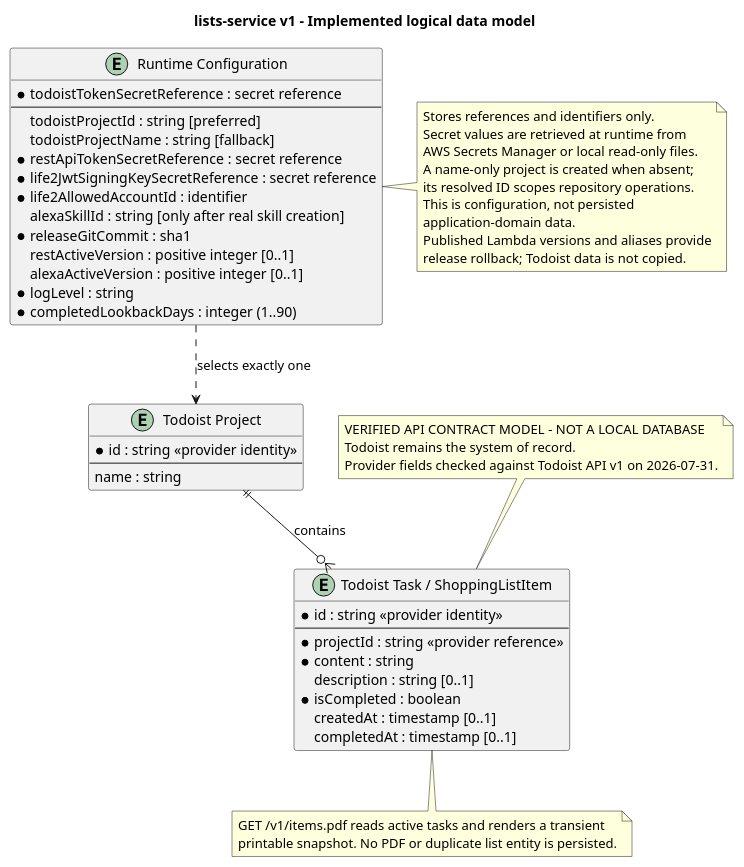
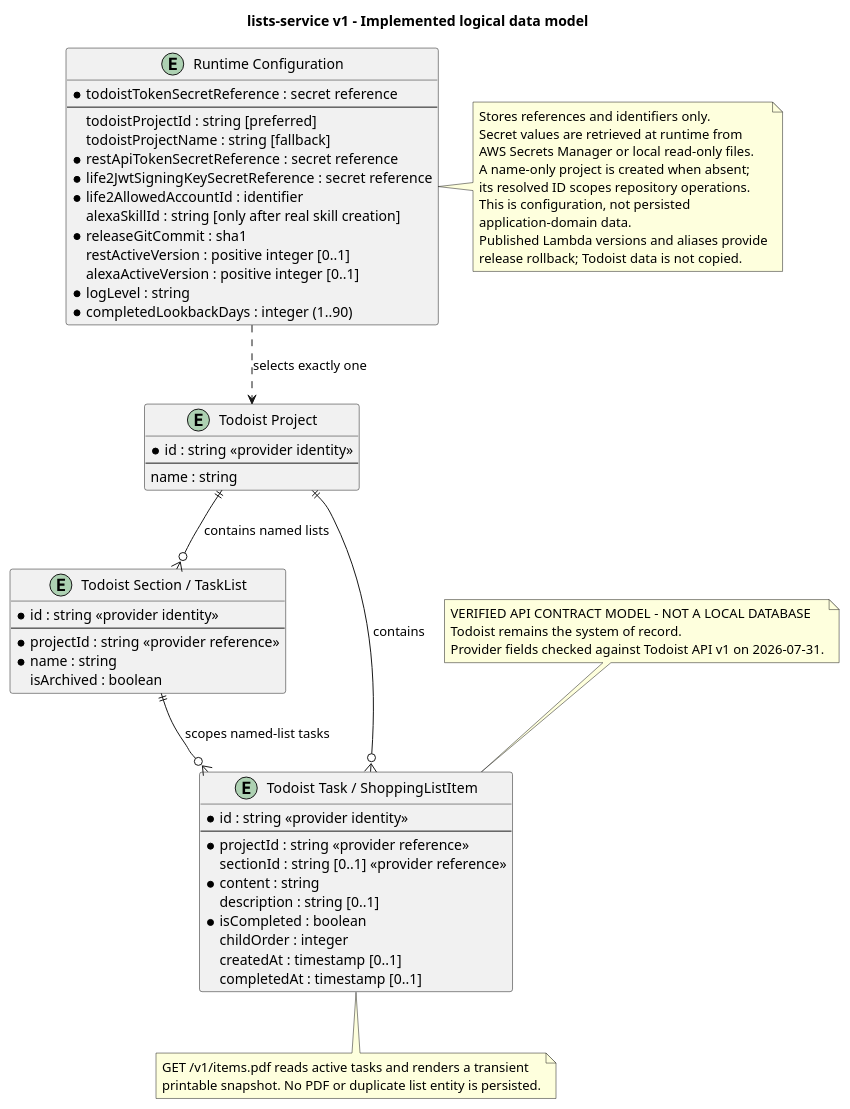
Before and after one commit to ralfepoisson/lists-service: the diagram in docs/architecture/erd.puml, drawn with PlantUML. The commit also changed 23 other files, not shown here.

Commit message:
feat: add named task lists

```diff
--- a/docs/architecture/erd.puml
+++ b/docs/architecture/erd.puml
@@ -1,69 +1,81 @@
 @startuml
 title lists-service v1 - Implemented logical data model
 
 hide methods
 hide stereotypes
 skinparam shadowing false
 
 note as StatusNote
   VERIFIED API CONTRACT MODEL - NOT A LOCAL DATABASE
   Todoist remains the system of record.
   Provider fields checked against Todoist API v1 on 2026-07-31.
 end note
 
 entity "Todoist Project" as Project {
   * id : string <<provider identity>>
   --
   name : string
 }
 
+entity "Todoist Section / TaskList" as TaskList {
+  * id : string <<provider identity>>
+  --
+  * projectId : string <<provider reference>>
+  * name : string
+  isArchived : boolean
+}
+
 entity "Todoist Task / ShoppingListItem" as Item {
   * id : string <<provider identity>>
   --
   * projectId : string <<provider reference>>
+  sectionId : string [0..1] <<provider reference>>
   * content : string
   description : string [0..1]
   * isCompleted : boolean
+  childOrder : integer
   createdAt : timestamp [0..1]
   completedAt : timestamp [0..1]
 }
 
 entity "Runtime Configuration" as Configuration {
   * todoistTokenSecretReference : secret reference
   --
   todoistProjectId : string [preferred]
   todoistProjectName : string [fallback]
   * restApiTokenSecretReference : secret reference
   * life2JwtSigningKeySecretReference : secret reference
   * life2AllowedAccountId : identifier
   alexaSkillId : string [only after real skill creation]
   * releaseGitCommit : sha1
   restActiveVersion : positive integer [0..1]
   alexaActiveVersion : positive integer [0..1]
   * logLevel : string
   * completedLookbackDays : integer (1..90)
 }
 
 Project ||--o{ Item : contains
+Project ||--o{ TaskList : contains named lists
+TaskList ||--o{ Item : scopes named-list tasks
 Configuration ..> Project : selects exactly one
 
 note right of Configuration
   Stores references and identifiers only.
   Secret values are retrieved at runtime from
   AWS Secrets Manager or local read-only files.
   A name-only project is created when absent;
   its resolved ID scopes repository operations.
   This is configuration, not persisted
   application-domain data.
   Published Lambda versions and aliases provide
   release rollback; Todoist data is not copied.
 end note
 
 note bottom of Item
   GET /v1/items.pdf reads active tasks and renders a transient
   printable snapshot. No PDF or duplicate list entity is persisted.
 end note
 
 StatusNote .. Item
 
 @enduml
```
